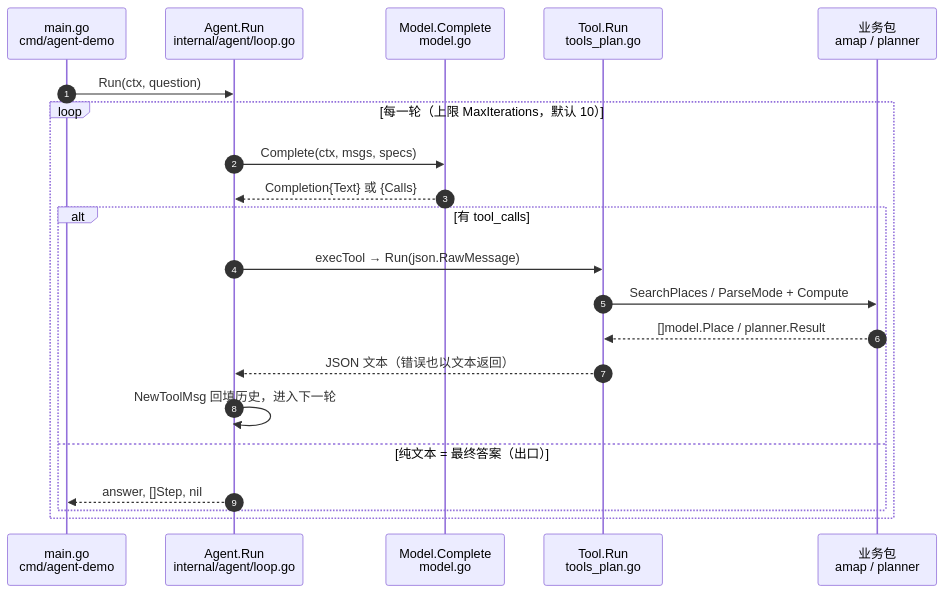
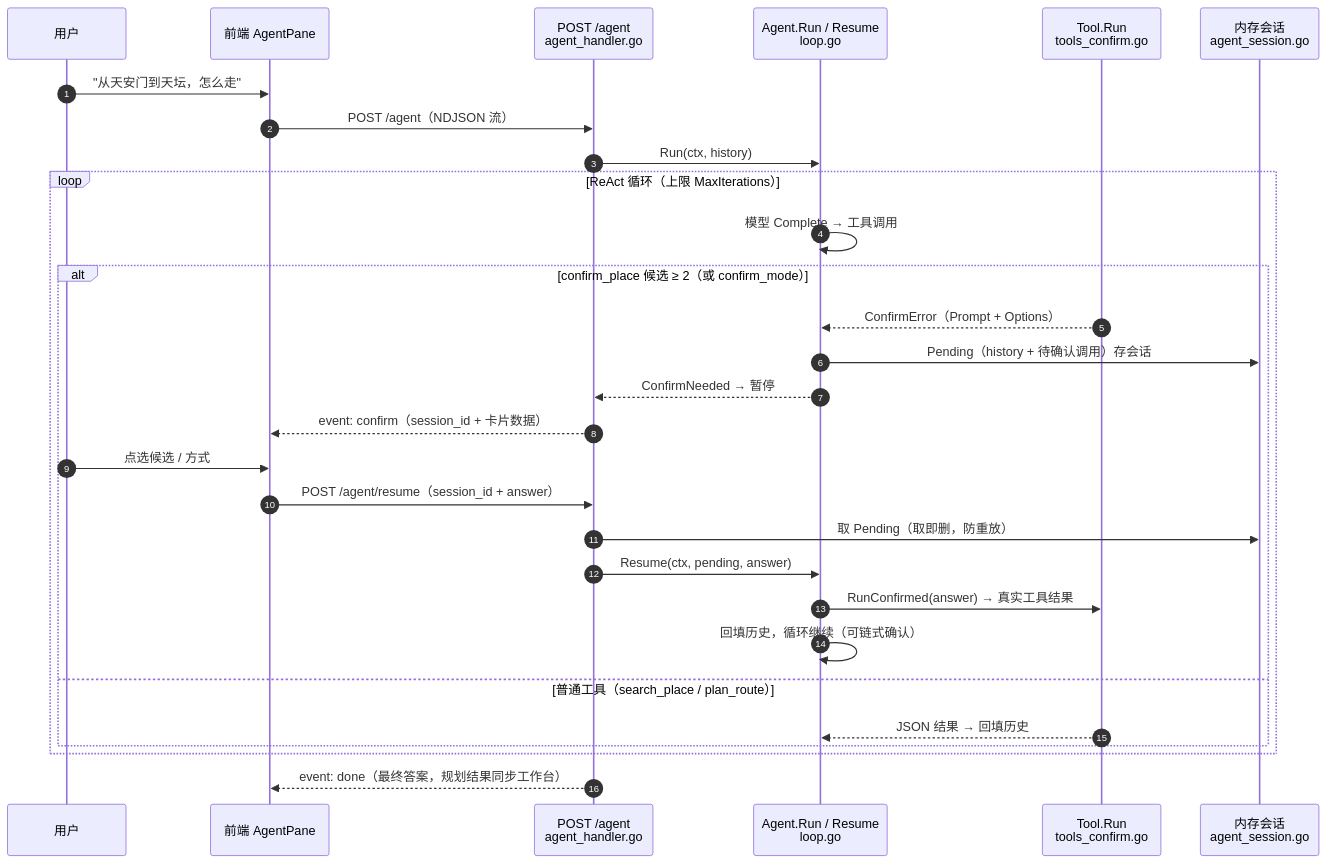
The second of 5 diagrams in README.md (Gulugll/route66), drawn with Mermaid before and after one commit. The commit also changed other lines of this file and 1 other file, not shown here.

First line of the commit message:
docs: README 与 Agent 流程图同步至当前架构

````diff
--- a/README.md
+++ b/README.md
@@ -319,24 +346,32 @@
 ```mermaid
 sequenceDiagram
     autonumber
-    participant M as main.go<br/>cmd/agent-demo
-    participant L as Agent.Run<br/>internal/agent/loop.go
-    participant MD as Model.Complete<br/>model.go
-    participant T as Tool.Run<br/>tools_plan.go
-    participant B as 业务包<br/>amap / planner
+    participant U as 用户
+    participant A as 前端 AgentPane
+    participant H as POST /agent<br/>agent_handler.go
+    participant L as Agent.Run / Resume<br/>loop.go
+    participant T as Tool.Run<br/>tools_confirm.go
+    participant S as 内存会话<br/>agent_session.go
 
-    M->>L: Run(ctx, question)
-    loop 每一轮（上限 MaxIterations，默认 10）
-        L->>MD: Complete(ctx, msgs, specs)
-        MD-->>L: Completion{Text} 或 {Calls}
-        alt 有 tool_calls
-            L->>T: execTool → Run(json.RawMessage)
-            T->>B: SearchPlaces / ParseMode + Compute
-            B-->>T: []model.Place / planner.Result
-            T-->>L: JSON 文本（错误也以文本返回）
-            L->>L: NewToolMsg 回填历史，进入下一轮
-        else 纯文本 = 最终答案（出口）
-            L-->>M: answer, []Step, nil
+    U->>A: "从天安门到天坛，怎么走"
+    A->>H: POST /agent（NDJSON 流）
+    H->>L: Run(ctx, history)
+    loop ReAct 循环（上限 MaxIterations）
+        L->>L: 模型 Complete → 工具调用
+        alt confirm_place 候选 ≥ 2（或 confirm_mode）
+            T-->>L: ConfirmError（Prompt + Options）
+            L->>S: Pending（history + 待确认调用）存会话
+            L-->>H: ConfirmNeeded → 暂停
+            H-->>A: event: confirm（session_id + 卡片数据）
+            U->>A: 点选候选 / 方式
+            A->>H: POST /agent/resume（session_id + answer）
+            H->>S: 取 Pending（取即删，防重放）
+            H->>L: Resume(ctx, pending, answer)
+            L->>T: RunConfirmed(answer) → 真实工具结果
+            L->>L: 回填历史，循环继续（可链式确认）
+        else 普通工具（search_place / plan_route）
+            T-->>L: JSON 结果 → 回填历史
         end
     end
+    H-->>A: event: done（最终答案，规划结果同步工作台）
 ```
````
